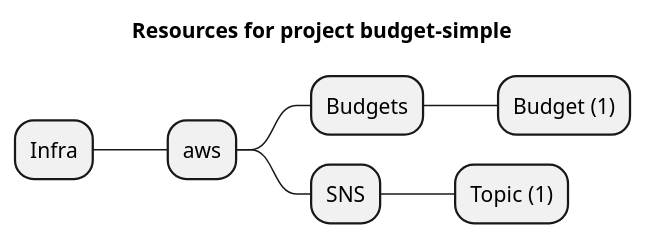
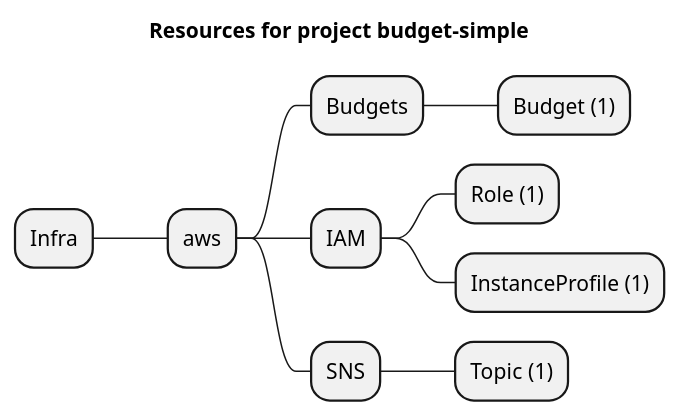
The diagram in examples/aws/Budgets/budget-simple/artifacts/resources-mindmap.puml (grucloud/grucloud), drawn with PlantUML before and after one commit. The commit also changed 5 other files, not shown here.

```diff
--- a/examples/aws/Budgets/budget-simple/artifacts/resources-mindmap.puml
+++ b/examples/aws/Budgets/budget-simple/artifacts/resources-mindmap.puml
@@ -1,10 +1,13 @@
 @startmindmap
 title Resources for project budget-simple
 skinparam monochrome true
 + Infra
 ++ aws
 +++ Budgets
 ++++ Budget (1)
++++ IAM
+++++ Role (1)
+++++ InstanceProfile (1)
 +++ SNS
 ++++ Topic (1)
 @endmindmap
```
